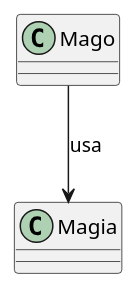
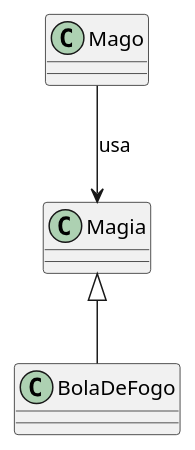
Before and after one commit to fellowsheep/APOO2025-2: the second of 10 diagrams in Exemplos/ExemploRelacionamentos/RelacionamentoClasses.md, drawn with PlantUML. The commit also changed other lines of this file, not shown here.

````diff
--- a/Exemplos/ExemploRelacionamentos/RelacionamentoClasses.md
+++ b/Exemplos/ExemploRelacionamentos/RelacionamentoClasses.md
@@ -29,11 +50,9 @@
-```plantuml
+```puml
 @startuml
-skinparam classAttributeIconSize 0
-hide emptyMembers
-
 class Mago
 class Magia
-
-Mago --> Magia : "usa"
+class BolaDeFogo
+Magia <|-- BolaDeFogo
+Mago --> Magia : usa
 @enduml
 ```
````
